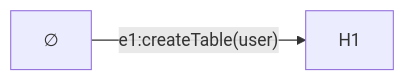
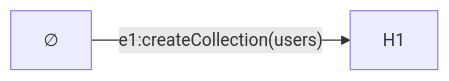
The first of 3 diagrams in docs/architecture docs/subsystems/7. Migration System.md (prisma/prisma-next), drawn with Mermaid before and after one commit. The commit also changed other lines of this file and 23 other files, not shown here.

First line of the commit message:
docs(architecture): record migration authoring strategy and emit/runner ADRs

````diff
--- a/docs/architecture docs/subsystems/7. Migration System.md
+++ b/docs/architecture docs/subsystems/7. Migration System.md
@@ -14,4 +16,4 @@
 ```mermaid
 flowchart LR
-  E[∅] -- e1:createTable(user) --> H1[H1]
+  E["∅"] -- "e1:createCollection(users)" --> H1[H1]
 ```
````
